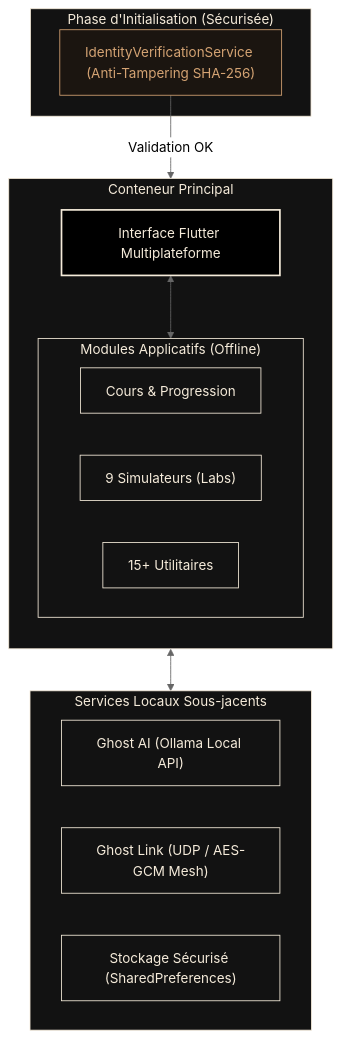
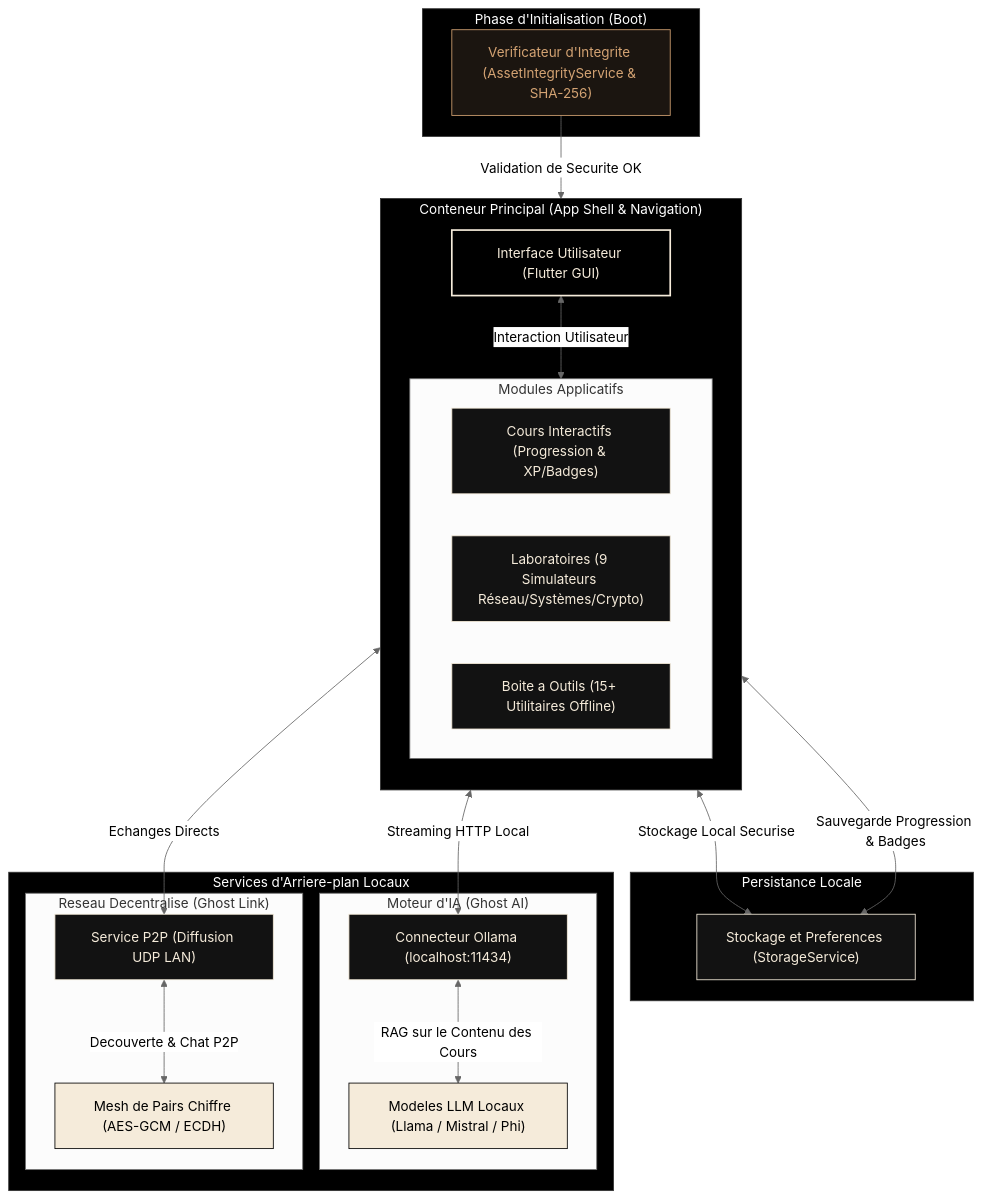
Before and after one commit to TUTODECODE-FR/T2DECODE: the diagram in README.md, drawn with Mermaid (neutral theme). The commit also changed other lines of this file, not shown here.

````diff
--- a/README.md
+++ b/README.md
@@ -126,36 +85,58 @@
 ```mermaid
 flowchart TB
-    subgraph Boot ["Phase d'Initialisation (Sécurisée)"]
-        Verify["IdentityVerificationService (Anti-Tampering SHA-256)"]
+    subgraph Boot ["Phase d'Initialisation (Boot)"]
+        Verify["Verificateur d'Integrite (AssetIntegrityService & SHA-256)"]
     end
 
-    subgraph AppShell ["Conteneur Principal"]
+    subgraph AppShell ["Conteneur Principal (App Shell & Navigation)"]
         direction TB
-        UI["Interface Flutter Multiplateforme"]
+        UI["Interface Utilisateur (Flutter GUI)"]
         
-        subgraph Features ["Modules Applicatifs (Offline)"]
+        subgraph Features ["Modules Applicatifs"]
             direction LR
-            Courses["Cours & Progression"]
-            Labs["9 Simulateurs (Labs)"]
-            Tools["15+ Utilitaires"]
+            Courses["Cours Interactifs (Progression & XP/Badges)"]
+            Labs["Laboratoires (9 Simulateurs Réseau/Systèmes/Crypto)"]
+            Tools["Boite a Outils (15+ Utilitaires Offline)"]
         end
     end
 
-    subgraph Backend ["Services Locaux Sous-jacents"]
-        Ollama["Ghost AI (Ollama Local API)"]
-        P2P["Ghost Link (UDP / AES-GCM Mesh)"]
-        Storage["Stockage Sécurisé (SharedPreferences)"]
+    subgraph LocalStorage ["Persistance Locale"]
+        DB["Stockage et Preferences (StorageService)"]
     end
 
-    Verify -->|Validation OK| UI
-    UI <--> Features
-    UI <--> Backend
+    subgraph localServices ["Services d'Arriere-plan Locaux"]
+        subgraph AISubsystem ["Moteur d'IA (Ghost AI)"]
+            Ollama["Connecteur Ollama (localhost:11434)"]
+            LLM["Modeles LLM Locaux (Llama / Mistral / Phi)"]
+        end
+        
+        subgraph NetworkSubsystem ["Reseau Decentralise (Ghost Link)"]
+            P2P["Service P2P (Diffusion UDP LAN)"]
+            Peers["Mesh de Pairs Chiffre (AES-GCM / ECDH)"]
+        end
+    end
+
+    Verify -->|Validation de Securite OK| UI
+    UI <-->|Interaction Utilisateur| Features
+    
+    UI <-->|Stockage Local Securise| DB
+    Courses <-->|Sauvegarde Progression & Badges| DB
+    
+    UI <-->|Streaming HTTP Local| Ollama
+    Ollama <-->|RAG sur le Contenu des Cours| LLM
+    
+    UI <-->|Echanges Directs| P2P
+    P2P <-->|Decouverte & Chat P2P| Peers
 
     classDef default fill:#121212,stroke:#F5EBDA,stroke-width:1px,color:#F5EBDA;
     classDef primary fill:#000000,stroke:#F5EBDA,stroke-width:2px,color:#F5EBDA;
+    classDef accent fill:#F5EBDA,stroke:#000000,stroke-width:1px,color:#000000;
+    classDef container fill:#000000,stroke:#333333,stroke-width:1px,color:#FFFFFF;
     classDef security fill:#1b1510,stroke:#d4a373,stroke-width:1px,color:#d4a373;
     
     class UI primary;
+    class Courses,Labs,Tools,DB,Ollama,P2P default;
+    class LLM,Peers accent;
     class Verify security;
-    class Boot,AppShell,Backend,Features default;
+    class Boot,AppShell,LocalStorage,localServices container;
 ```
````
